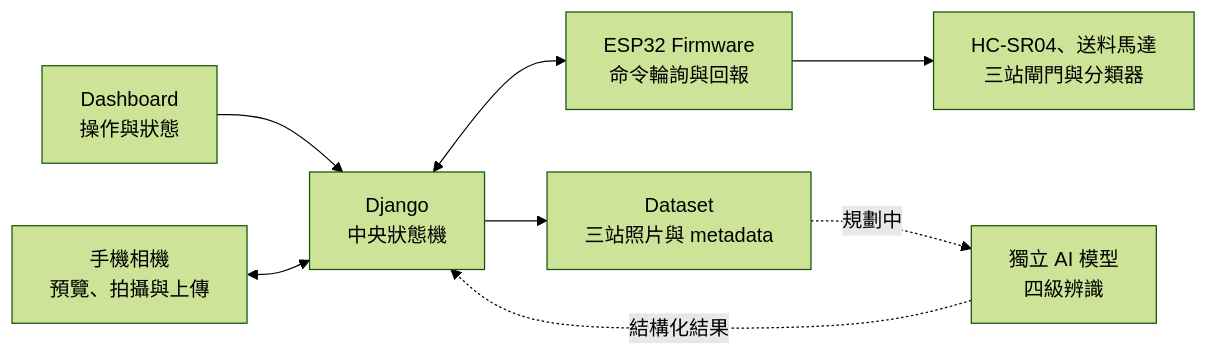
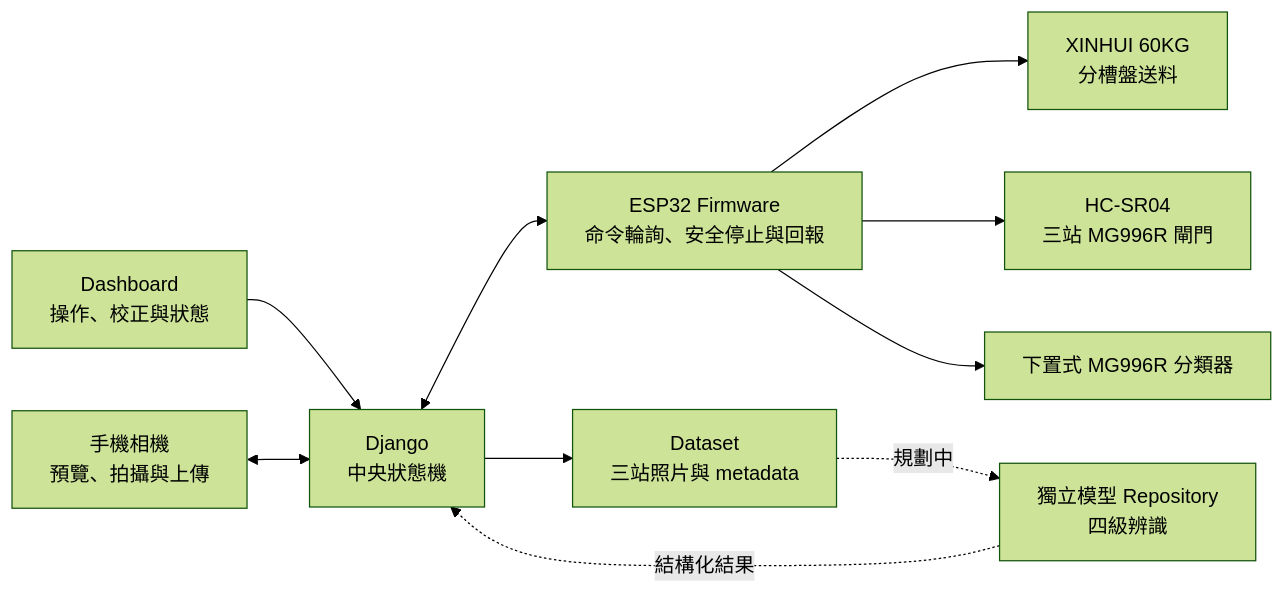
One commit to Eten0721/PassionFruit_IoT_hardware changed the diagram in README.md. Above: the diagram before and after it, drawn with Mermaid (forest theme). The commit also changed other lines of this file and 6 other files, not shown here.

````diff
--- a/README.md
+++ b/README.md
@@ -23,10 +27,12 @@
 ```mermaid
 flowchart LR
-    Dashboard["Dashboard<br/>操作與狀態"] --> Django["Django<br/>中央狀態機"]
+    Dashboard["Dashboard<br/>操作、校正與狀態"] --> Django["Django<br/>中央狀態機"]
     Camera["手機相機<br/>預覽、拍攝與上傳"] <--> Django
-    Django <--> ESP32["ESP32 Firmware<br/>命令輪詢與回報"]
-    ESP32 --> Hardware["HC-SR04、送料馬達<br/>三站閘門與分類器"]
+    Django <--> ESP32["ESP32 Firmware<br/>命令輪詢、安全停止與回報"]
+    ESP32 --> Feeder["XINHUI 60KG<br/>分槽盤送料"]
+    ESP32 --> Capture["HC-SR04<br/>三站 MG996R 閘門"]
+    ESP32 --> Sorter["下置式 MG996R 分類器"]
     Django --> Dataset["Dataset<br/>三站照片與 metadata"]
-    Dataset -. 規劃中 .-> AI["獨立 AI 模型<br/>四級辨識"]
+    Dataset -. 規劃中 .-> AI["獨立模型 Repository<br/>四級辨識"]
     AI -. 結構化結果 .-> Django
 ```
````
